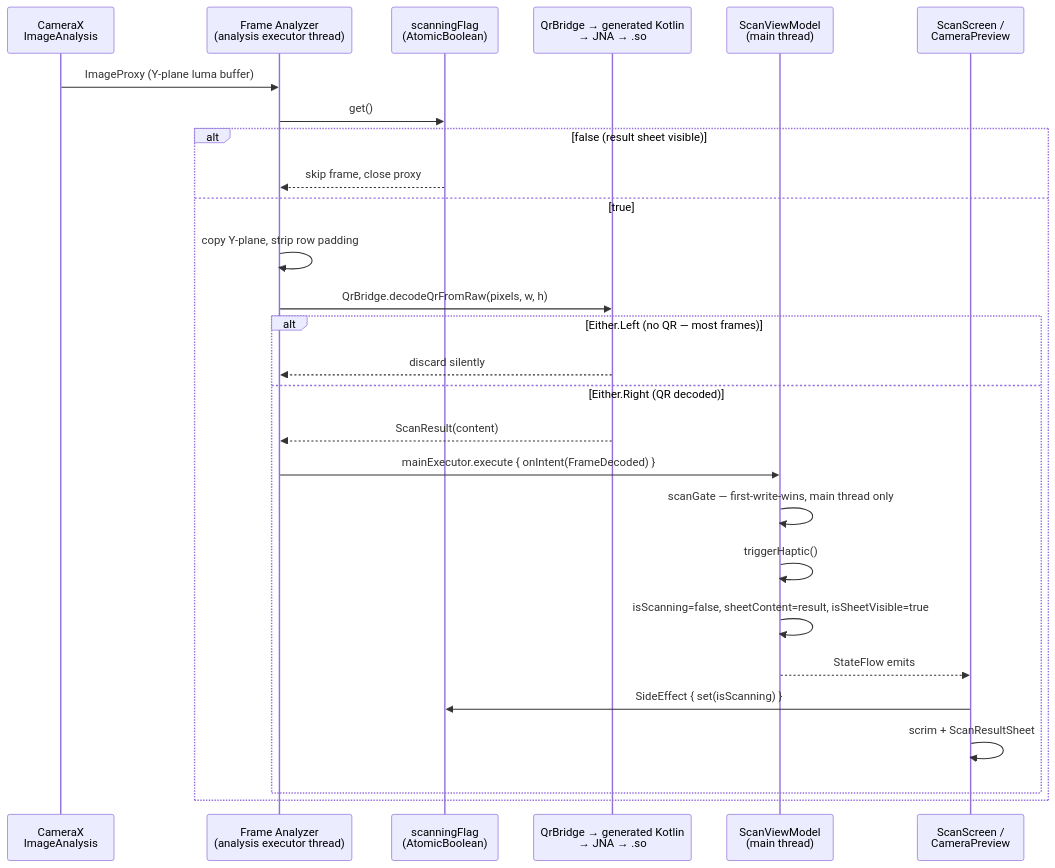
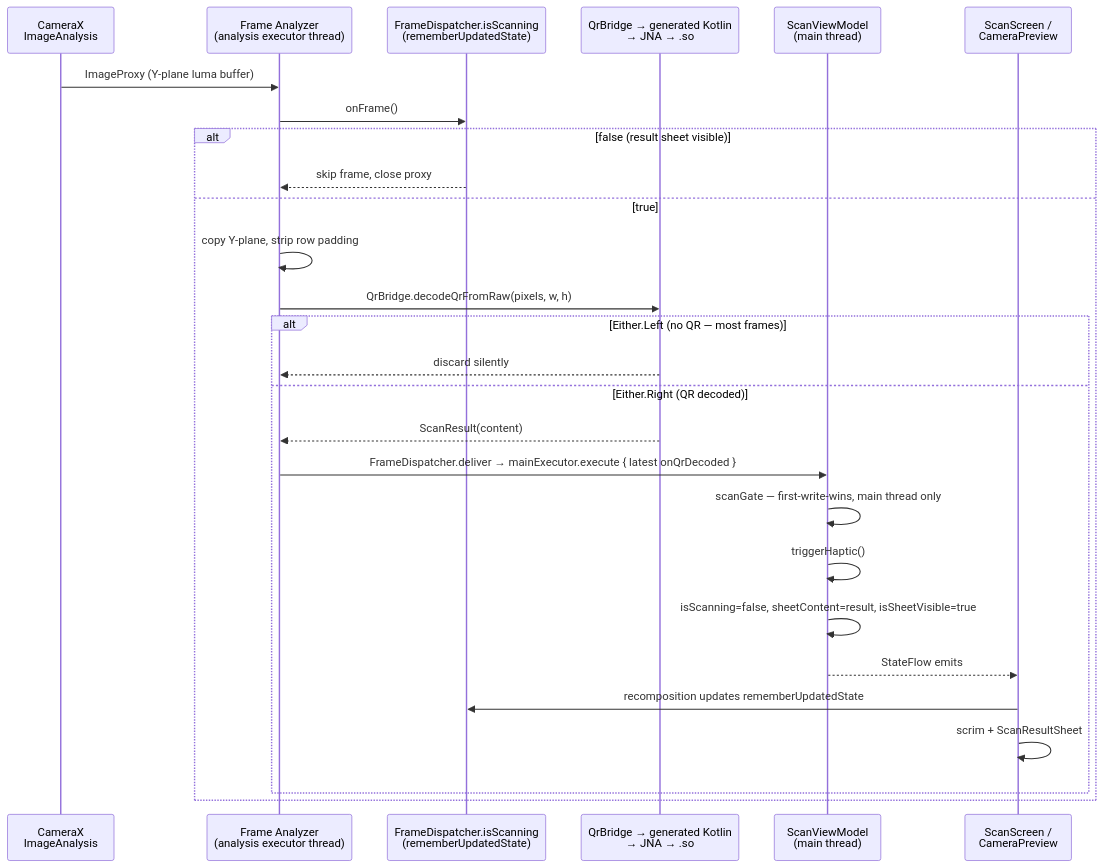
The first of 3 diagrams in composeApp/src/androidMain/README.md (prasannajeet/RustyQR), drawn with Mermaid before and after one commit. The commit also changed other lines of this file and 6 other files, not shown here.

````diff
--- a/composeApp/src/androidMain/README.md
+++ b/composeApp/src/androidMain/README.md
@@ -144,30 +144,30 @@
 ```mermaid
 sequenceDiagram
     participant CAM as CameraX<br/>ImageAnalysis
     participant ANA as Frame Analyzer<br/>(analysis executor thread)
-    participant FLAG as scanningFlag<br/>(AtomicBoolean)
+    participant FLAG as FrameDispatcher.isScanning<br/>(rememberUpdatedState)
     participant JNI as QrBridge → generated Kotlin<br/>→ JNA → .so
     participant VM as ScanViewModel<br/>(main thread)
     participant UI as ScanScreen /<br/>CameraPreview
 
     CAM->>ANA: ImageProxy (Y-plane luma buffer)
-    ANA->>FLAG: get()
+    ANA->>FLAG: onFrame()
     alt false (result sheet visible)
         FLAG-->>ANA: skip frame, close proxy
     else true
         ANA->>ANA: copy Y-plane, strip row padding
         ANA->>JNI: QrBridge.decodeQrFromRaw(pixels, w, h)
         alt Either.Left (no QR — most frames)
             JNI-->>ANA: discard silently
         else Either.Right (QR decoded)
             JNI-->>ANA: ScanResult(content)
-            ANA->>VM: mainExecutor.execute { onIntent(FrameDecoded) }
+            ANA->>VM: FrameDispatcher.deliver → mainExecutor.execute { latest onQrDecoded }
             VM->>VM: scanGate — first-write-wins, main thread only
             VM->>VM: triggerHaptic()
             VM->>VM: isScanning=false, sheetContent=result, isSheetVisible=true
             VM-->>UI: StateFlow emits
-            UI->>FLAG: SideEffect { set(isScanning) }
+            UI->>FLAG: recomposition updates rememberUpdatedState
             UI->>UI: scrim + ScanResultSheet
         end
     end
 ```
````
